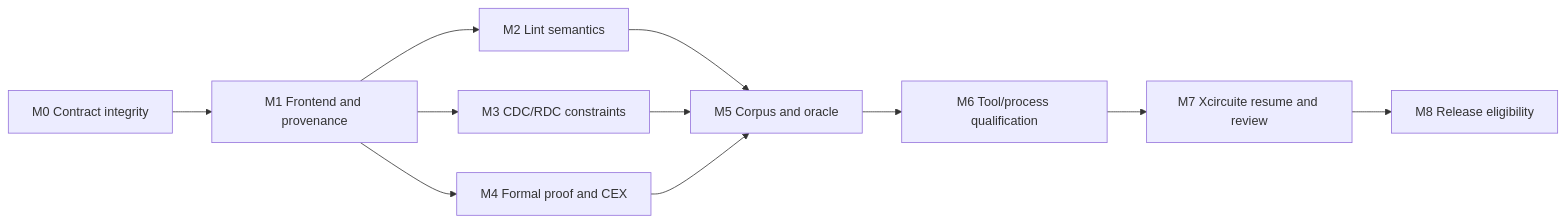
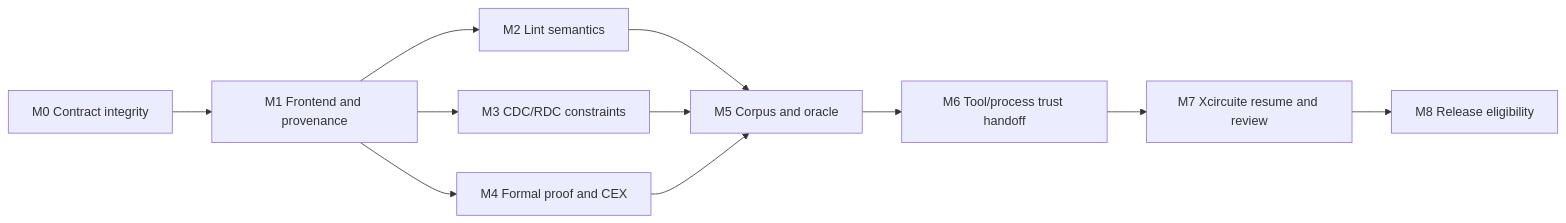
Before and after one commit to 1amageek/RTLVerificationEngine: the diagram in MILESTONES.md, drawn with Mermaid. The commit also changed other lines of this file and 6 other files, not shown here.

````diff
--- a/MILESTONES.md
+++ b/MILESTONES.md
@@ -7,13 +7,13 @@
 ```mermaid
 flowchart LR
     M0["M0 Contract integrity"] --> M1["M1 Frontend and provenance"]
     M1 --> M2["M2 Lint semantics"]
     M1 --> M3["M3 CDC/RDC constraints"]
     M1 --> M4["M4 Formal proof and CEX"]
     M2 --> M5["M5 Corpus and oracle"]
     M3 --> M5
     M4 --> M5
-    M5 --> M6["M6 Tool/process qualification"]
+    M5 --> M6["M6 Tool/process trust handoff"]
     M6 --> M7["M7 Xcircuite resume and review"]
     M7 --> M8["M8 Release eligibility"]
 ```
````
